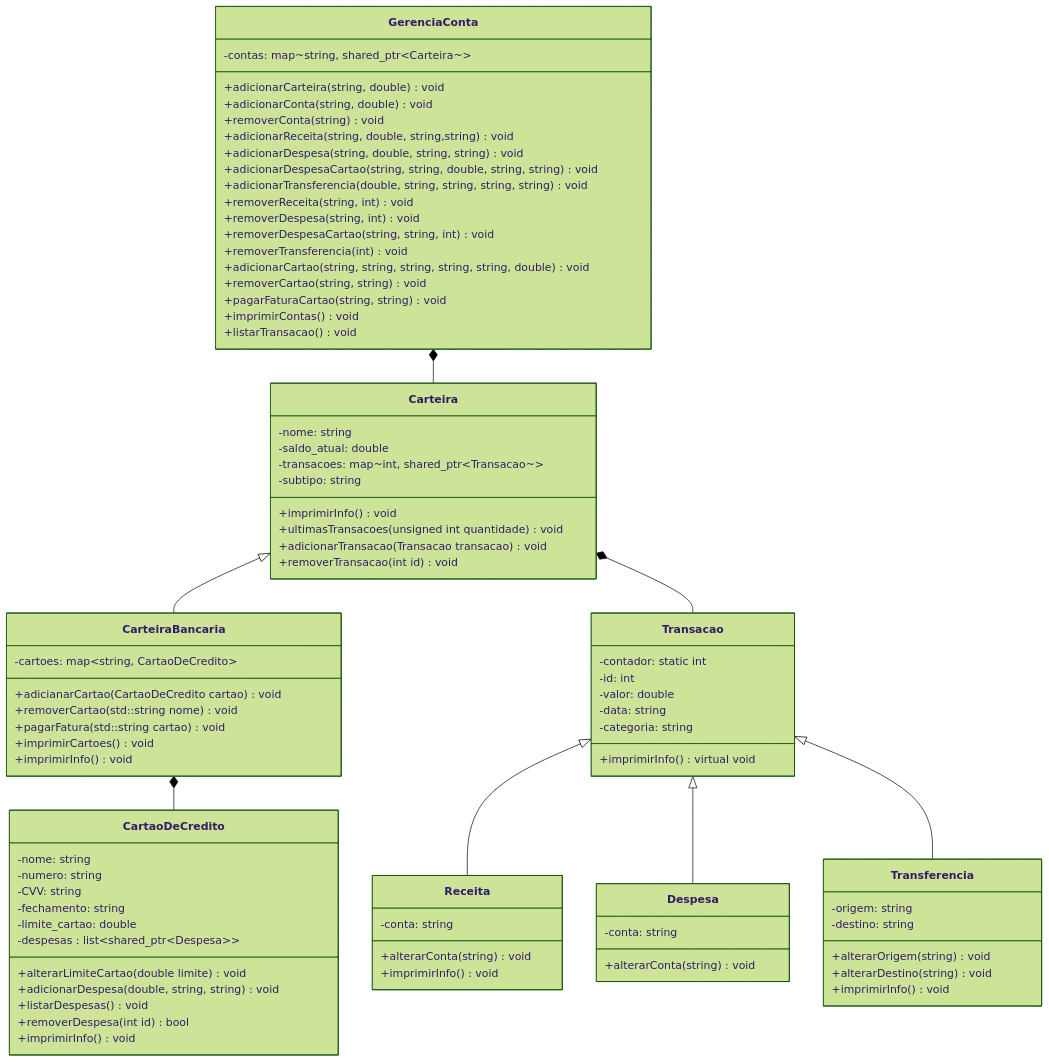
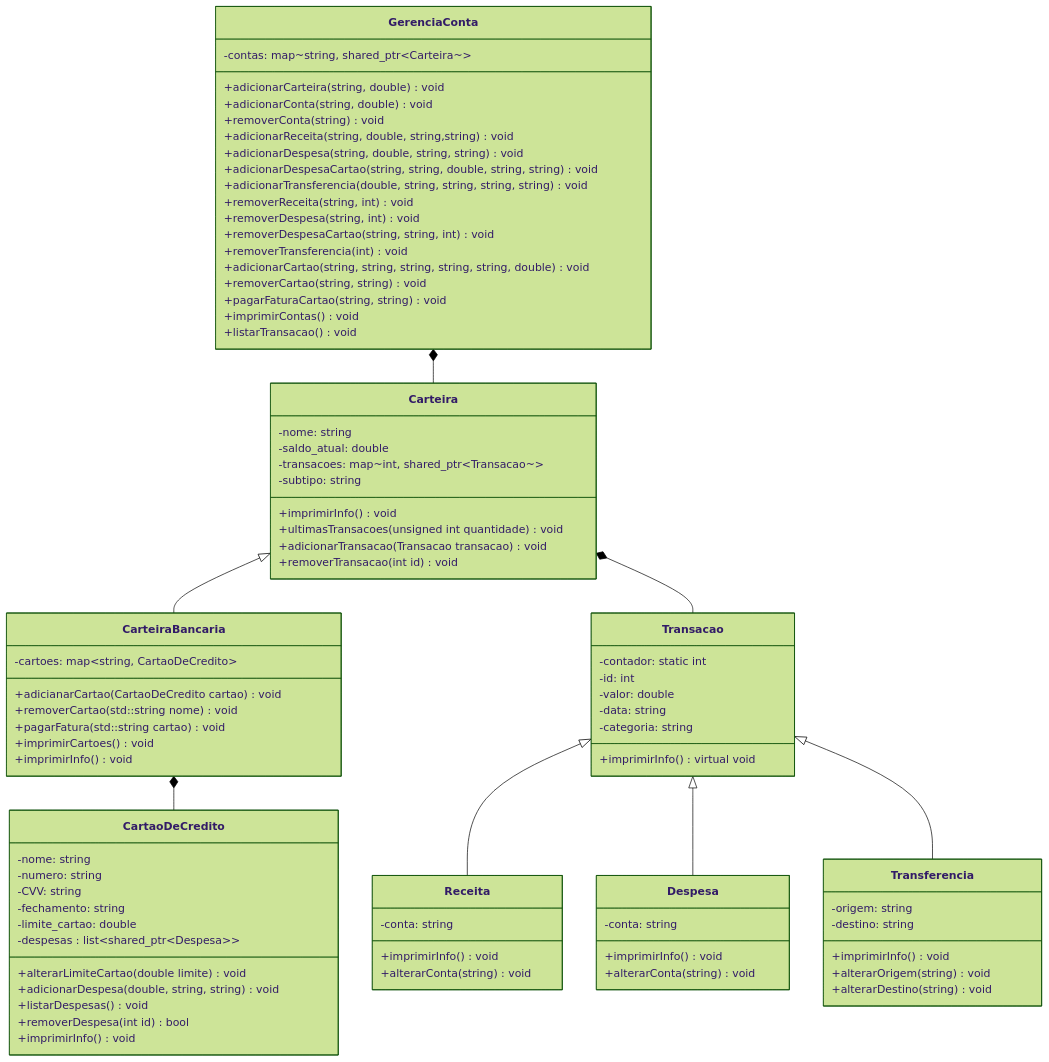
One commit to Le0-1/projeto-final-pd2 changed the diagram in docs/diagrama.md. Above: the diagram before and after it, drawn with Mermaid (forest theme). The commit also changed 5 other files, not shown here.

````diff
--- a/docs/diagrama.md
+++ b/docs/diagrama.md
@@ -87,13 +87,14 @@
 class Receita {
     -conta: string 
 
+    +imprimirInfo() void
     +alterarConta(string) void
-    +imprimirInfo() void
 }
 
 class Despesa {
     -conta: string
 
+    +imprimirInfo() void
     +alterarConta(string) void
 }
 
@@ -101,9 +102,9 @@
     -origem: string
     -destino: string
 
+    +imprimirInfo() void
     +alterarOrigem(string) void
     +alterarDestino(string) void
-    +imprimirInfo() void
 }
 
 ```
````
